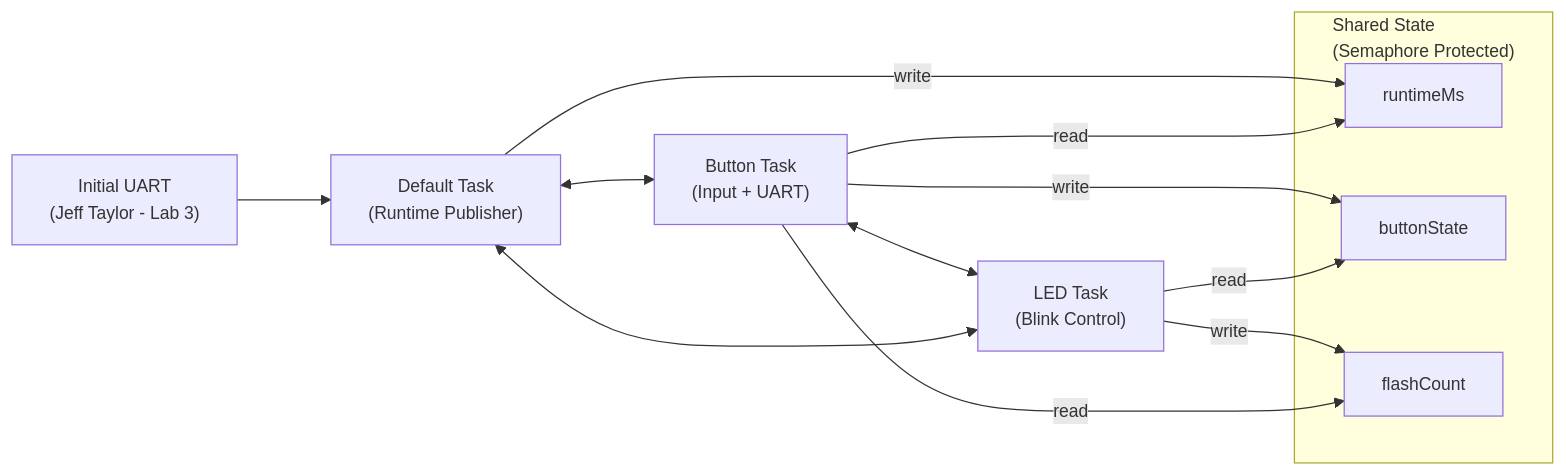
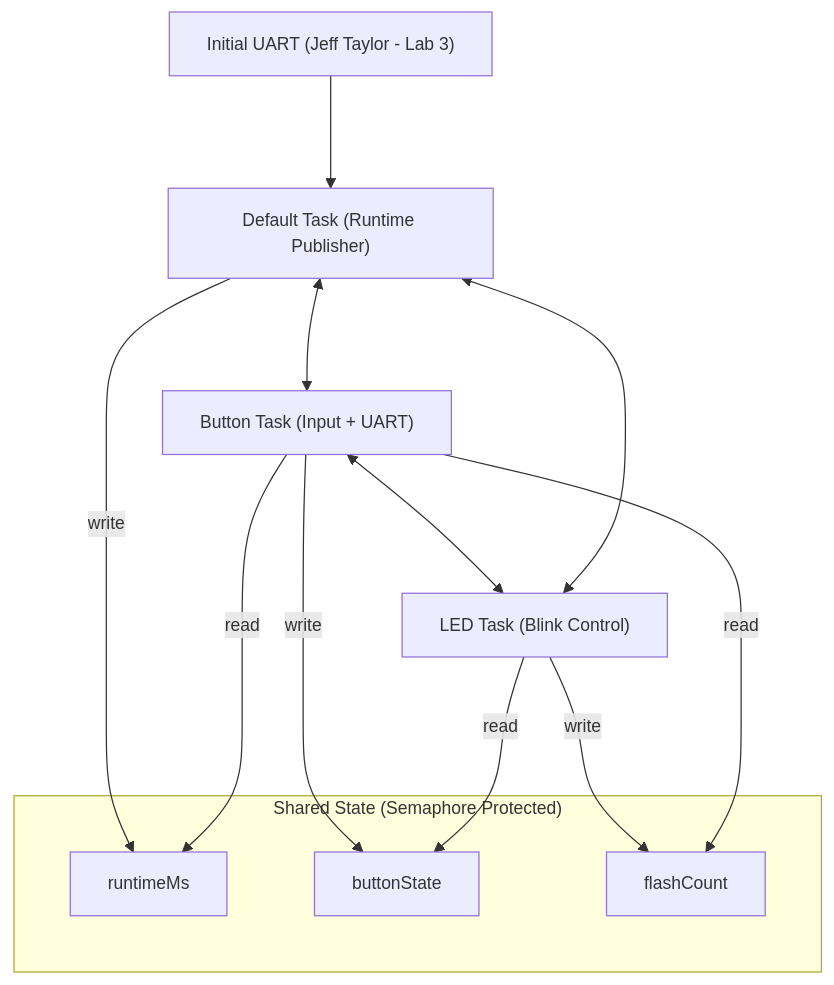
Before and after one commit to trulycaffeinated/RIT2025-26: the diagram in S8/CPET 461 - RTOS/Labs/Lab3_Semaphore/Lab3 Plan.md, drawn with Mermaid. The commit also changed 3 other files, not shown here.

````diff
--- a/S8/CPET 461 - RTOS/Labs/Lab3_Semaphore/Lab3 Plan.md
+++ b/S8/CPET 461 - RTOS/Labs/Lab3_Semaphore/Lab3 Plan.md
@@ -65,29 +65,32 @@
 ```mermaid
-%%{init: {"flowchart": {"nodeSpacing": 55, "rankSpacing": 75}, "themeVariables": {"fontSize": "14px"}} }%%
-flowchart LR
+%%{init: {"flowchart": {"nodeSpacing": 70, "rankSpacing": 90}, "themeVariables": {"fontSize": "14px"}} }%%
+flowchart TB
     %% Startup
-    U["Initial UART\n(Jeff Taylor - Lab 3)"] --> D["Default Task\n(Runtime Publisher)"]
+    U["Initial UART (Jeff Taylor - Lab 3)"]
+    D["Default Task (Runtime Publisher)"]
+    B["Button Task (Input + UART)"]
+    L["LED Task (Blink Control)"]
 
-    %% Trio back-and-forth interaction
-    D <--> B["Button Task\n(Input + UART)"]
-    B <--> L["LED Task\n(Blink Control)"]
+    %% Task relationships (logical loop)
+    U --> D
+    D <--> B
+    B <--> L
     L <--> D
 
-    %% Shared state protected by semaphore
-    subgraph S["Shared State\n(Semaphore Protected)"]
+    %% Shared state
+    subgraph S["Shared State (Semaphore Protected)"]
         RT["runtimeMs"]
         BS["buttonState"]
         FC["flashCount"]
     end
 
-    %% Shared variable interactions (labeled)
+    %% Place shared state below tasks
     D -- "write" --> RT
     B -- "read"  --> RT
 
     B -- "write" --> BS
     L -- "read"  --> BS
 
     L -- "write" --> FC
     B -- "read"  --> FC
-
 ```
````
